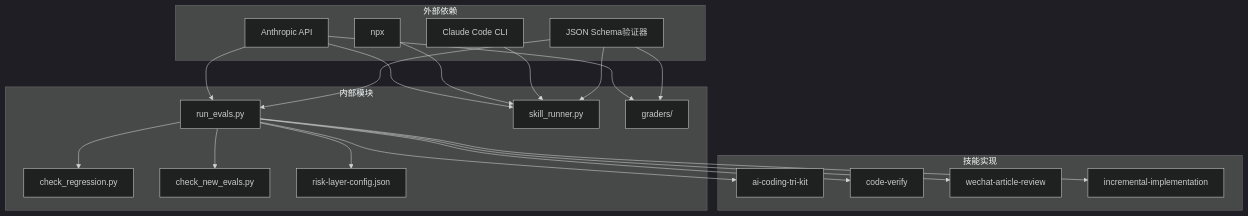
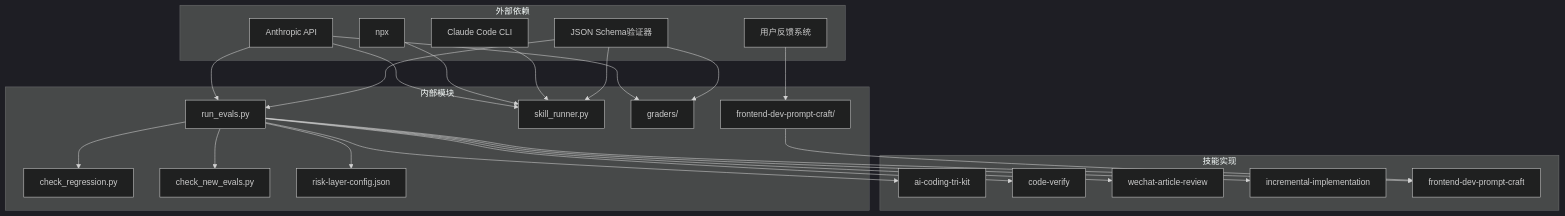
One commit to yangmeishux/frontend-team-marketplace changed the ninth of 9 diagrams in .qoder/repowiki/zh/content/技能工程系统/反馈循环系统.md. Above: the diagram before and after it, drawn with Mermaid (dark theme). The commit also changed other lines of this file and 4 other files, not shown here.

````diff
--- a/.qoder/repowiki/zh/content/技能工程系统/反馈循环系统.md
+++ b/.qoder/repowiki/zh/content/技能工程系统/反馈循环系统.md
@@ -343,38 +525,44 @@
 ```mermaid
 graph TD
 subgraph "外部依赖"
 A[Anthropic API]
 B[npx]
 C[Claude Code CLI]
 D[JSON Schema验证器]
+E[用户反馈系统]
 end
 subgraph "内部模块"
-E[run_evals.py]
-F[skill_runner.py]
-G[graders/]
-H[check_regression.py]
-I[check_new_evals.py]
-J[risk-layer-config.json]
+F[run_evals.py]
+G[skill_runner.py]
+H[graders/]
+I[check_regression.py]
+J[check_new_evals.py]
+K[risk-layer-config.json]
+L[frontend-dev-prompt-craft/]
 end
 subgraph "技能实现"
-K[ai-coding-tri-kit]
-L[code-verify]
-M[wechat-article-review]
-N[incremental-implementation]
+M[ai-coding-tri-kit]
+N[code-verify]
+O[wechat-article-review]
+P[incremental-implementation]
+Q[frontend-dev-prompt-craft]
 end
-A --> E
 A --> F
 A --> G
-B --> F
-C --> F
-D --> E
+A --> H
+B --> G
+C --> G
 D --> F
 D --> G
-E --> H
-E --> I
-E --> J
-E --> K
+D --> H
 E --> L
-E --> M
-E --> N
+F --> I
+F --> J
+F --> K
+F --> M
+F --> N
+F --> O
+F --> P
+F --> Q
+L --> Q
 ```
````
